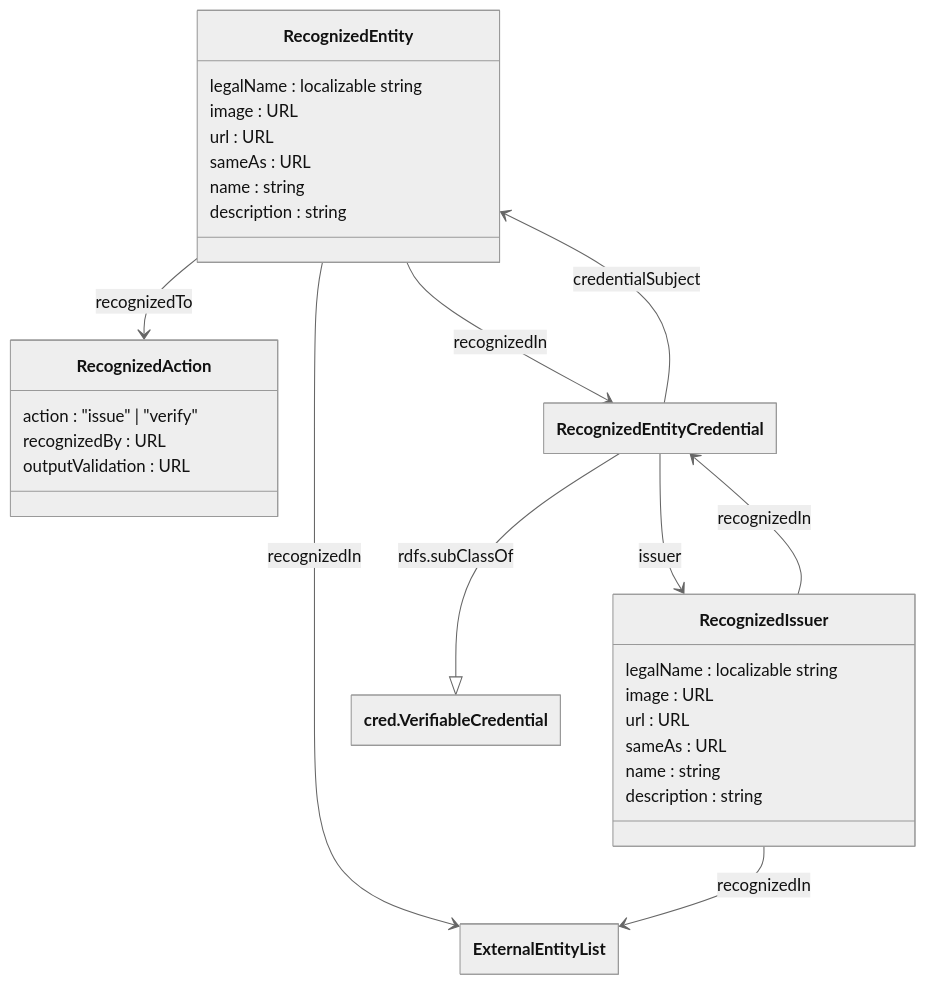
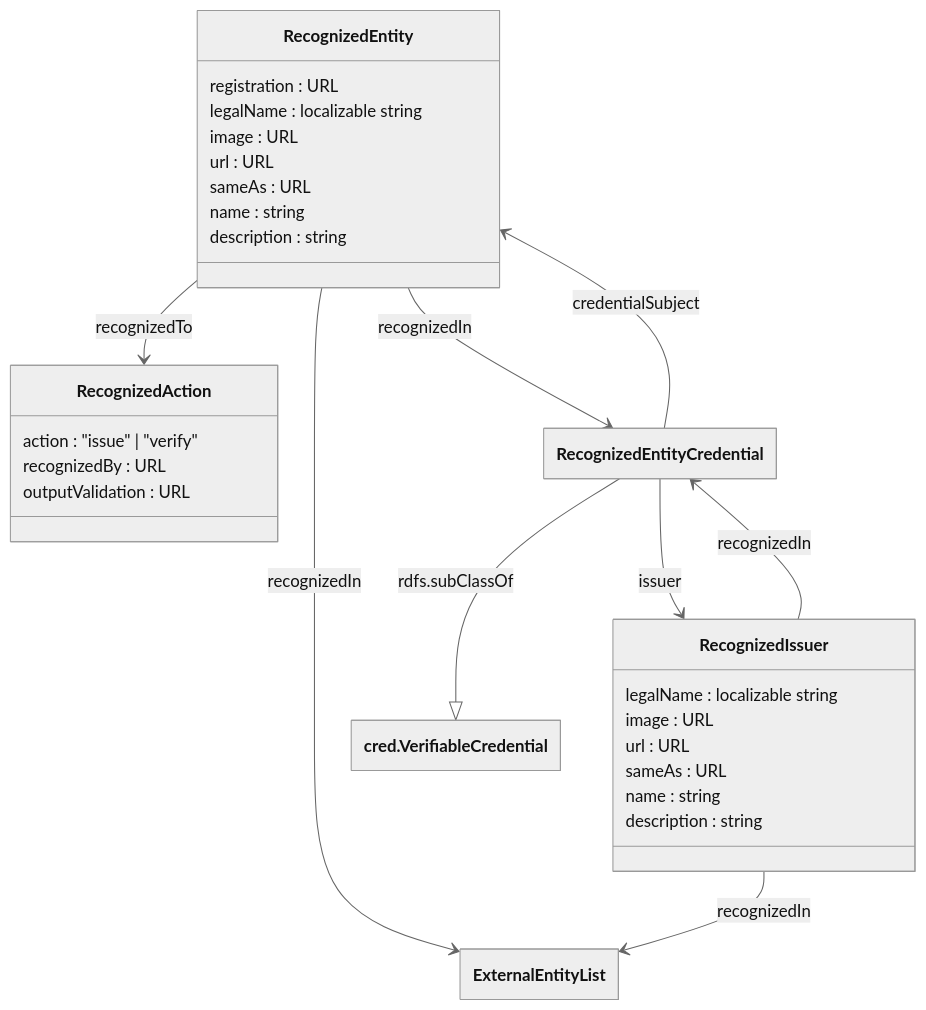
The diagram in vocab/v1/vocabulary.mmd (w3c/vc-recognized-entities), drawn with Mermaid before and after one commit. The commit also changed 2 other files, not shown here.

Commit message:
Added the registration term to the vocab

```diff
--- a/vocab/v1/vocabulary.mmd
+++ b/vocab/v1/vocabulary.mmd
@@ -1,44 +1,45 @@
 %%{
     init: {
         "theme" : "neutral",
         "class": {
             "hideEmptyMembersBox": true
         }
     }
 }%%
 classDiagram
     class RecognizedEntity {
+        registration : URL
         legalName : localizable string
         image : URL
         url : URL
         sameAs : URL
         name : string
         description : string
     }
 
     class RecognizedAction {
         action : "issue" | "verify"
         recognizedBy : URL
         outputValidation : URL
     }
 
     class RecognizedIssuer {
         legalName : localizable string
         image : URL
         url : URL
         sameAs : URL
         name : string
         description : string
     }
 
     RecognizedEntityCredential --|> cred.VerifiableCredential : rdfs.subClassOf
 
     RecognizedEntity --> RecognizedAction : recognizedTo
 
     RecognizedEntityCredential --> RecognizedIssuer : issuer
     RecognizedEntityCredential --> RecognizedEntity : credentialSubject
 
     RecognizedEntity --> ExternalEntityList : recognizedIn
     RecognizedEntity --> RecognizedEntityCredential : recognizedIn
     RecognizedIssuer --> ExternalEntityList : recognizedIn
     RecognizedIssuer --> RecognizedEntityCredential : recognizedIn
```
